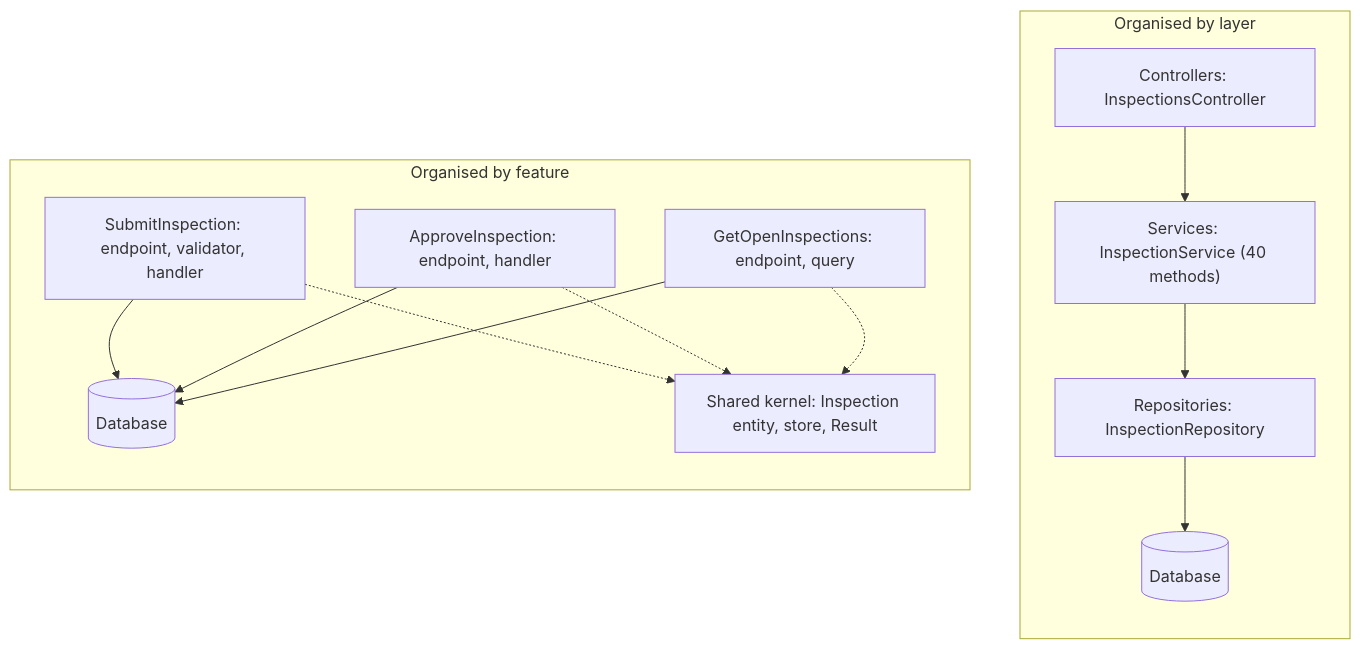
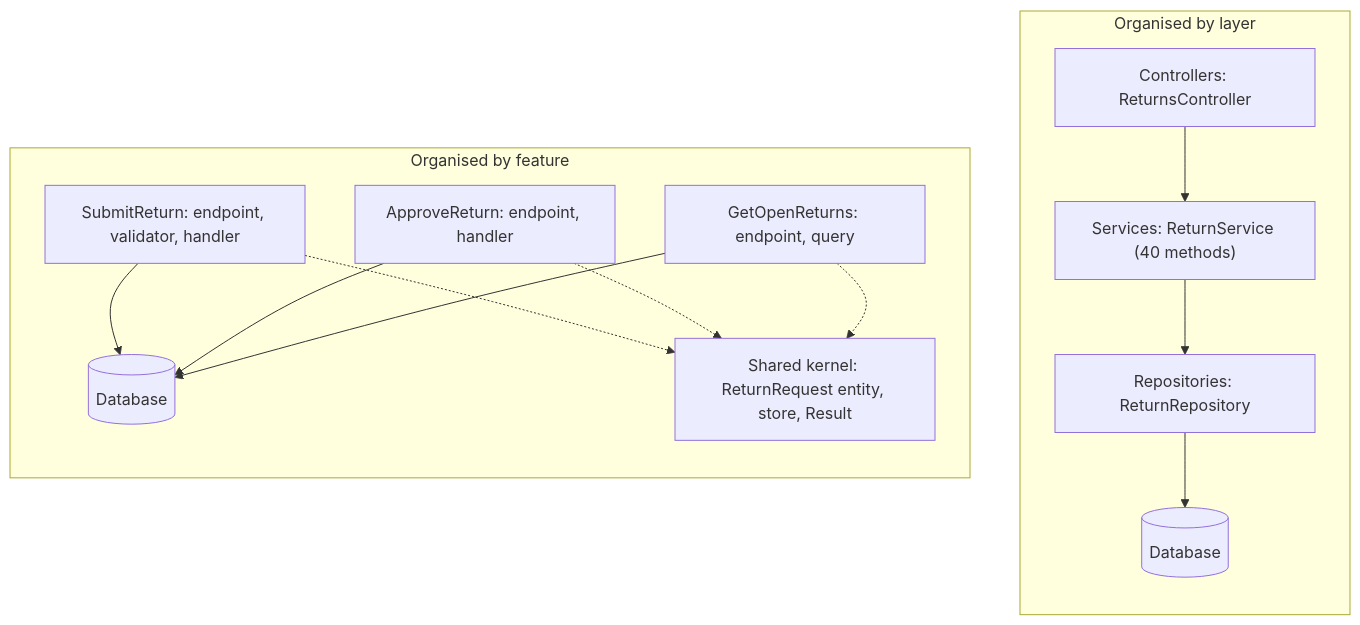
One commit to rizwi0786/system-design-lab changed the first of 3 diagrams in content/lessons/m02/m02-vertical-slice.md. Above: the diagram before and after it, drawn with Mermaid. The commit also changed other lines of this file and 334 other files, not shown here.

````diff
--- a/content/lessons/m02/m02-vertical-slice.md
+++ b/content/lessons/m02/m02-vertical-slice.md
@@ -131,18 +131,18 @@
 ```mermaid
 flowchart TB
     subgraph Layered["Organised by layer"]
         direction TB
-        C1["Controllers: InspectionsController"] --> S1["Services: InspectionService (40 methods)"]
-        S1 --> R1["Repositories: InspectionRepository"]
+        C1["Controllers: ReturnsController"] --> S1["Services: ReturnService (40 methods)"]
+        S1 --> R1["Repositories: ReturnRepository"]
         R1 --> D1[("Database")]
     end
     subgraph Sliced["Organised by feature"]
         direction TB
-        F1["SubmitInspection: endpoint, validator, handler"] --> D2[("Database")]
-        F2["ApproveInspection: endpoint, handler"] --> D2
-        F3["GetOpenInspections: endpoint, query"] --> D2
-        F1 -.-> K["Shared kernel: Inspection entity, store, Result"]
+        F1["SubmitReturn: endpoint, validator, handler"] --> D2[("Database")]
+        F2["ApproveReturn: endpoint, handler"] --> D2
+        F3["GetOpenReturns: endpoint, query"] --> D2
+        F1 -.-> K["Shared kernel: ReturnRequest entity, store, Result"]
         F2 -.-> K
         F3 -.-> K
     end
 ```
````
